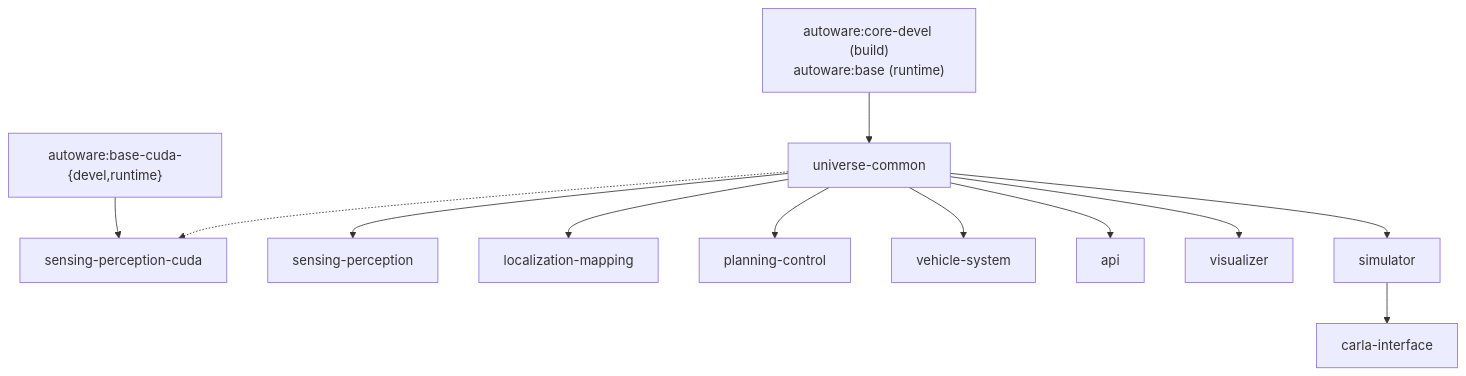
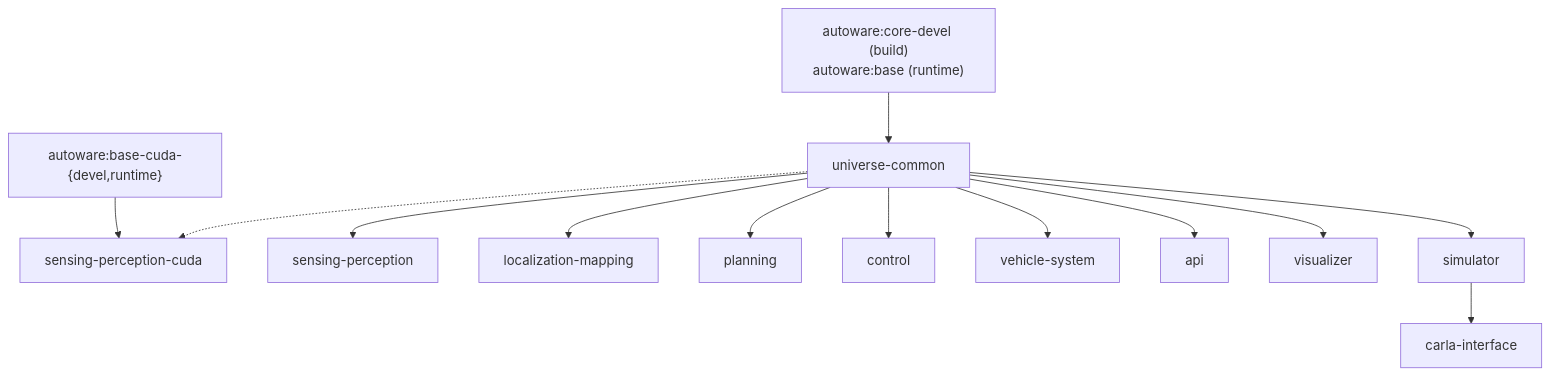
One commit to autowarefoundation/openadkit changed the diagram in docs/includes/build-pipeline.md. Above: the diagram before and after it, drawn with Mermaid. The commit also changed 21 other files, not shown here.

First line of the commit message:
feat(images)!: split planning-control into planning and control images

````diff
--- a/docs/includes/build-pipeline.md
+++ b/docs/includes/build-pipeline.md
@@ -1,15 +1,16 @@
 ```mermaid
 flowchart TB
     CORE["autoware:core-devel (build)<br/>autoware:base (runtime)"] --> UC["universe-common"]
     CUDA["autoware:base-cuda-{devel,runtime}"] --> SPC["sensing-perception-cuda"]
 
     UC --> SP["sensing-perception"]
     UC --> LM["localization-mapping"]
-    UC --> PC["planning-control"]
+    UC --> PLN["planning"]
+    UC --> CTL["control"]
     UC --> VS["vehicle-system"]
     UC --> API["api"]
     UC --> VIZ["visualizer"]
     UC --> SIM["simulator"]
     UC -.-> SPC
     SIM --> CARLA["carla-interface"]
 ```
````
